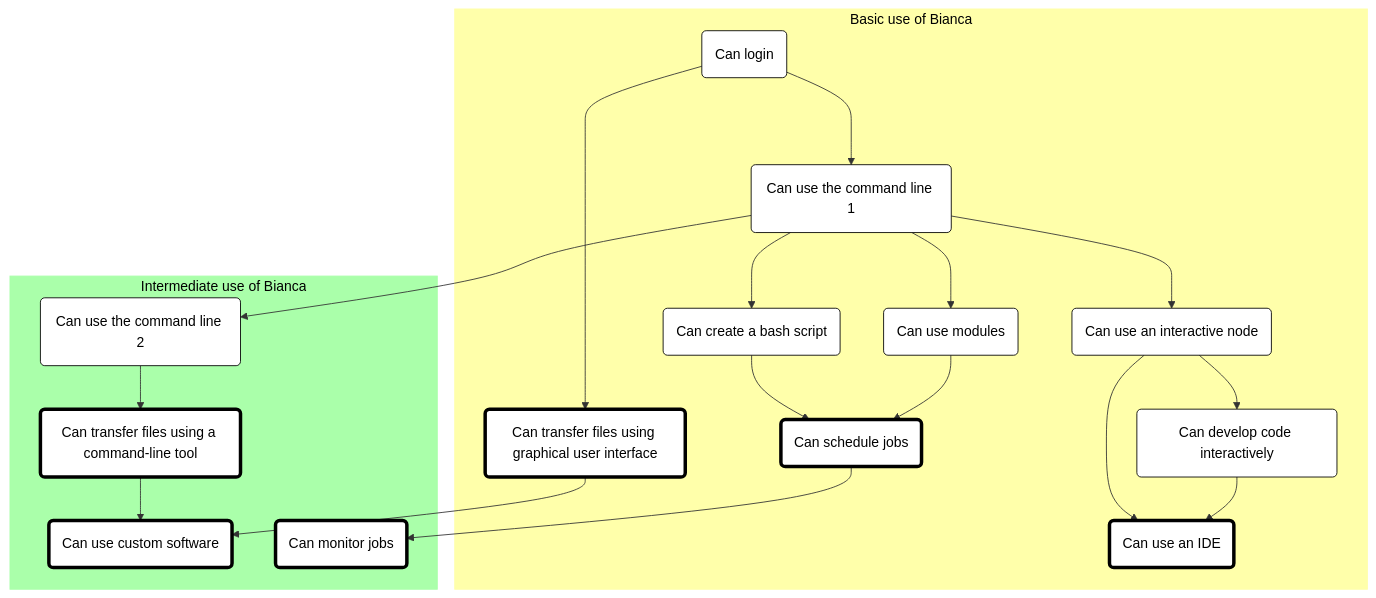
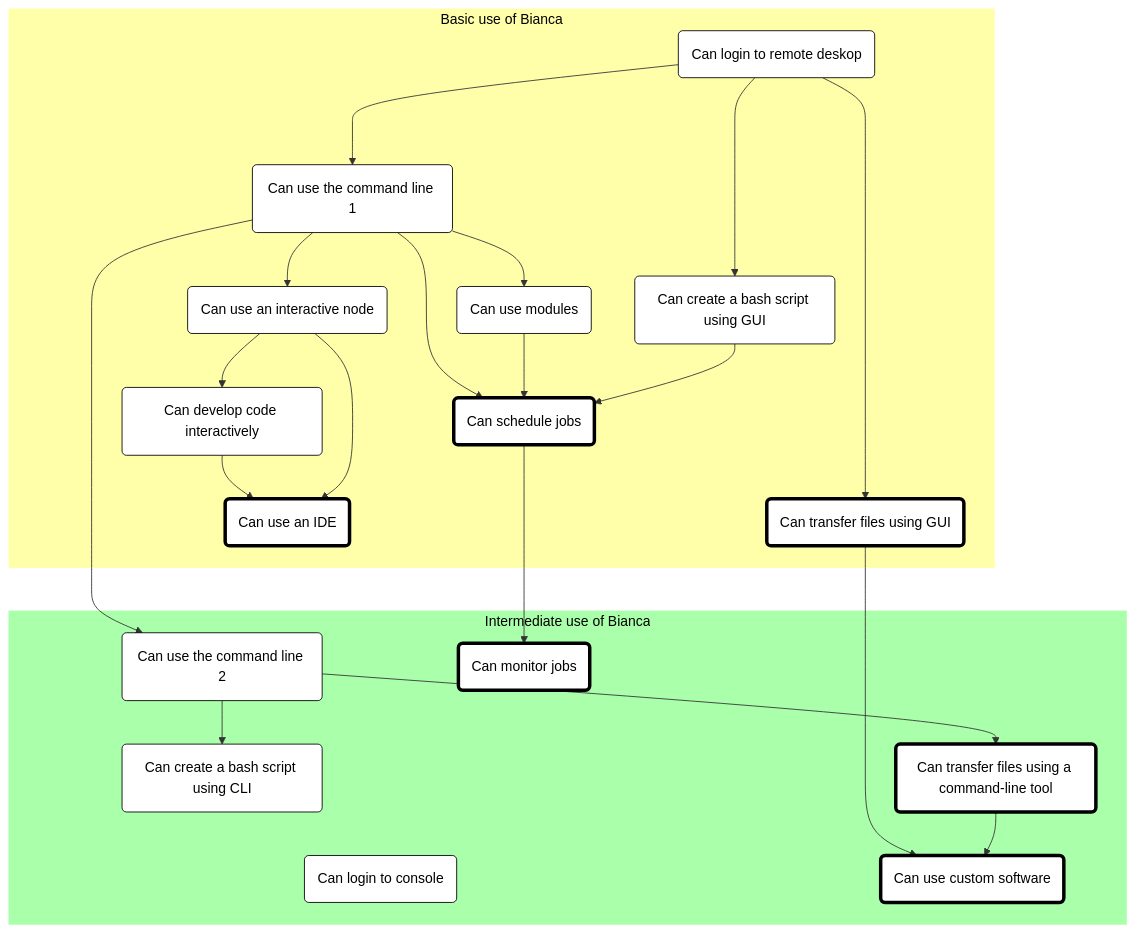
The diagram in docs/intro.md (UPPMAX/bianca_workshop), drawn with Mermaid before and after one commit.

Commit message:
Course schedule

````diff
--- a/docs/intro.md
+++ b/docs/intro.md
@@ -44,46 +44,63 @@
 ```mermaid
+%% Direction is top->down
 %% Direction is top->down
 flowchart TD
 
     %% Give a white background, instead of a transparent one
     classDef node fill:#fff,color:#000,stroke:#000
     classDef focus_node fill:#fff,color:#000,stroke:#000,stroke-width:4px
     
     subgraph sub_basic_use["Basic use of Bianca"]
-      can_login(Can login)
+      can_login_to_remove_desktop(Can login to remote deskop)
       can_use_command_line_1(Can use the command line 1)
-      can_create_bash_script(Can create a bash script)
+      can_create_bash_script_using_gui(Can create a bash script using GUI)
       can_use_modules(Can use modules)
       can_use_interactive_node(Can use an interactive node)
       can_develop_code_interactively(Can develop code interactively)
-      can_tranfer_files_using_gui(Can transfer files using graphical user interface):::focus_node
+      can_tranfer_files_using_gui(Can transfer files using GUI):::focus_node
       can_schedule_jobs(Can schedule jobs):::focus_node
       can_use_ide(Can use an IDE):::focus_node
     end
     style sub_basic_use fill:#ffa,color:#000,stroke:#ffa
 
 
+
     subgraph sub_intermediate_use["Intermediate use of Bianca"]
+      can_login_to_console(Can login to console)
       can_use_command_line_2(Can use the command line 2)
+      can_create_bash_script_using_cli(Can create a bash script using CLI)
       can_tranfer_files_using_cli(Can transfer files using a command-line tool):::focus_node
       can_use_custom_software(Can use custom software):::focus_node
       can_monitor_jobs(Can monitor jobs):::focus_node
     end
     style sub_intermediate_use fill:#afa,color:#000,stroke:#afa
 
-    can_login ---> can_use_command_line_1
-    can_login ---> can_tranfer_files_using_gui
+    %% Basic
+    can_login_to_remove_desktop ---> can_use_command_line_1
+    can_login_to_remove_desktop ---> can_tranfer_files_using_gui
+    can_login_to_remove_desktop ---> can_create_bash_script_using_gui
     can_use_command_line_1 --> can_use_modules
     can_use_command_line_1 --> can_use_interactive_node
     can_use_command_line_1 --> can_use_command_line_2
-    can_use_command_line_1 --> can_create_bash_script
+    can_use_command_line_1 --> can_schedule_jobs
     can_develop_code_interactively --> can_use_ide
-    can_use_command_line_2 --> can_tranfer_files_using_cli
     can_use_modules --> can_schedule_jobs
-    can_create_bash_script --> can_schedule_jobs
-    can_schedule_jobs --> can_monitor_jobs
     can_use_interactive_node --> can_use_ide
     can_use_interactive_node --> can_develop_code_interactively
+    can_create_bash_script_using_gui --> can_schedule_jobs
+
+    %% Basic -> Intermediate
+
+    can_tranfer_files_using_gui --> can_use_custom_software
+    can_schedule_jobs --> can_monitor_jobs
+
+    %% Make sure Intermediat in below Basic,
+    %% using invisible nodes
+    can_use_ide ~~~ can_use_command_line_2
+
+    %% Intermediate
+    can_use_command_line_2 --> can_create_bash_script_using_cli
+    can_use_command_line_2 --> can_tranfer_files_using_cli
     can_tranfer_files_using_cli --> can_use_custom_software
-    can_tranfer_files_using_gui --> can_use_custom_software
+
 ```
````
